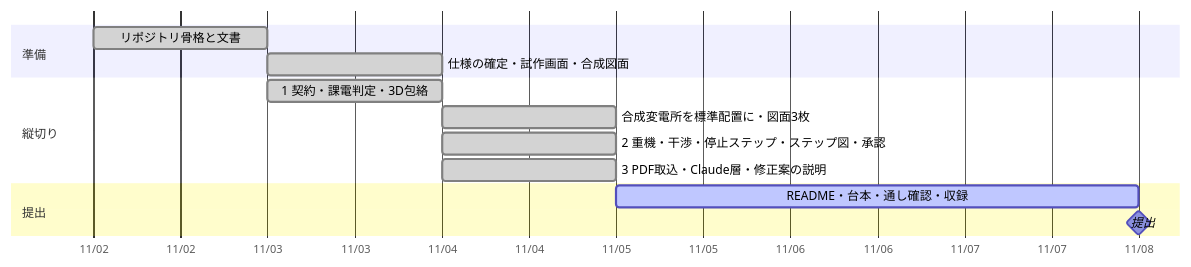
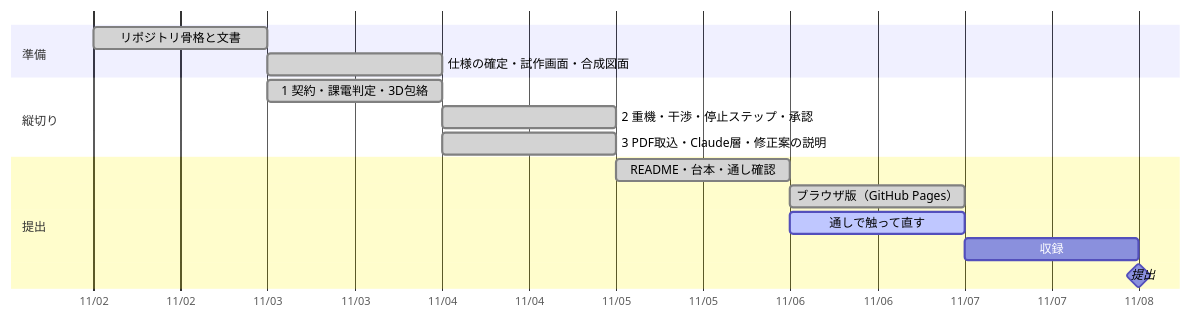
The diagram in STATUS.md (Daxion1578/Minimum-Approach-Area-Indicator), drawn with Mermaid before and after one commit. The commit also changed other lines of this file, not shown here.

Commit message:
状況: ブラウザ版を GitHub Pages に公開、4 タブが通しで動く

````diff
--- a/STATUS.md
+++ b/STATUS.md
@@ -3,16 +3,18 @@
 ```mermaid
 gantt
   dateFormat YYYY-MM-DD
   axisFormat %m/%d
   section 準備
   リポジトリ骨格と文書          :done,   p1, 2026-11-02, 1d
   仕様の確定・試作画面・合成図面  :done,   p2, 2026-11-03, 1d
   section 縦切り
   1 契約・課電判定・3D包絡       :done,   s1, 2026-11-03, 1d
-  合成変電所を標準配置に・図面3枚 :done,   s1b, 2026-11-04, 1d
-  2 重機・干渉・停止ステップ・ステップ図・承認 :done, s2, 2026-11-04, 1d
+  2 重機・干渉・停止ステップ・承認 :done,  s2, 2026-11-04, 1d
   3 PDF取込・Claude層・修正案の説明 :done, s3, 2026-11-04, 1d
   section 提出
-  README・台本・通し確認・収録    :active, v1, 2026-11-05, 3d
+  README・台本・通し確認          :done,   v1, 2026-11-05, 1d
+  ブラウザ版（GitHub Pages）      :done,   w1, 2026-11-06, 1d
+  通しで触って直す                :active, v2, 2026-11-06, 1d
+  収録                           :        v3, 2026-11-07, 1d
   提出                           :milestone, m1, 2026-11-08, 0d
 ```
````
